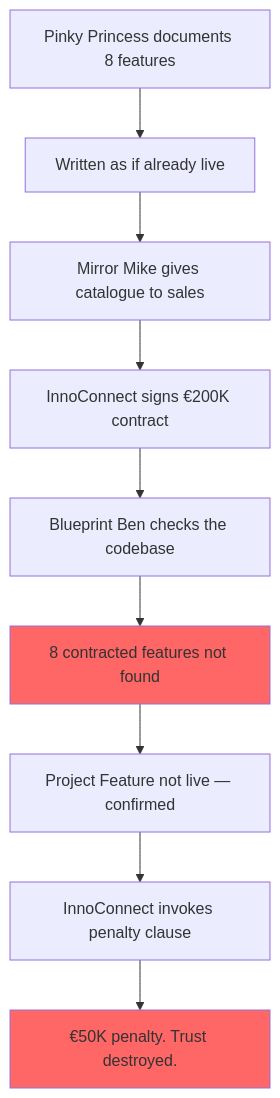
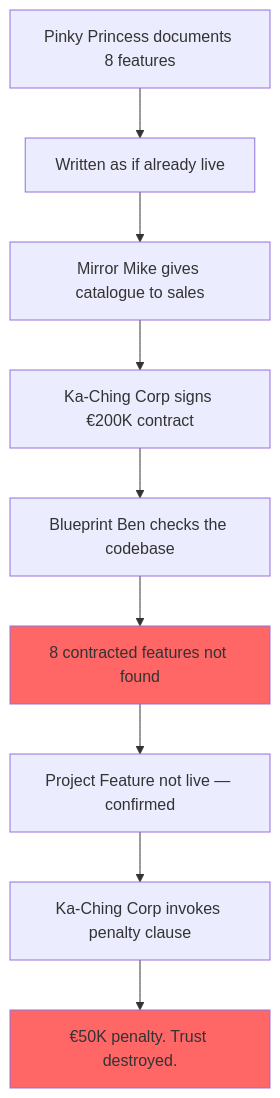
One commit to truedoctales/truedoctales-4j changed the diagram in fairy-doc-tales/04_product-queen/00_intro.md. Above: the diagram before and after it, drawn with Mermaid. The commit also changed other lines of this file and 6 other files, not shown here.

First line of the commit message:
feat: rename InnoConnect to Ka-Ching Corp and fix mermaid 11 syntax errors

````diff
--- a/fairy-doc-tales/04_product-queen/00_intro.md
+++ b/fairy-doc-tales/04_product-queen/00_intro.md
@@ -43,13 +43,13 @@
 ```mermaid
 graph TD
     A[Pinky Princess documents 8 features] --> B[Written as if already live]
     B --> C[Mirror Mike gives catalogue to sales]
-    C --> D[InnoConnect signs €200K contract]
+    C --> D[Ka-Ching Corp signs €200K contract]
     D --> E[Blueprint Ben checks the codebase]
     E --> F[8 contracted features not found]
     F --> G[Project Feature not live — confirmed]
-    G --> H[InnoConnect invokes penalty clause]
+    G --> H[Ka-Ching Corp invokes penalty clause]
     H --> I[€50K penalty. Trust destroyed.]
     style F fill:#f66
     style I fill:#f66
 ```
````
